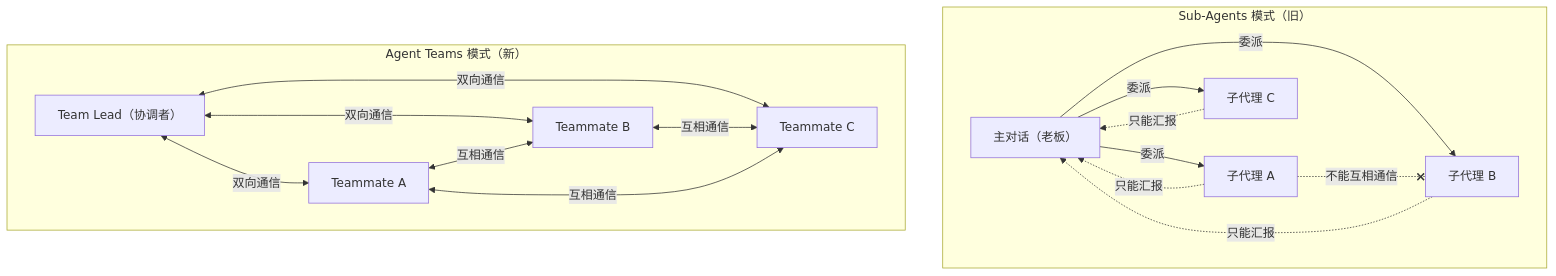
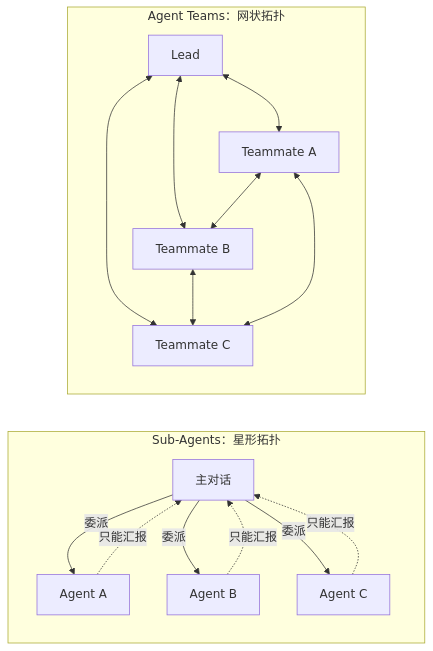
Before and after one commit to reallyhwc/ans-ai-auto-notes: the first of 6 diagrams in kb/技术/AI/Claude-Code/Agent Teams 多会话协作架构.md, drawn with Mermaid. The commit also changed other lines of this file and 3 other files, not shown here.

First line of the commit message:
docs(kb): Agent Teams 笔记版权安全重写 + 反向链接

````diff
--- a/kb/技术/AI/Claude-Code/Agent Teams 多会话协作架构.md
+++ b/kb/技术/AI/Claude-Code/Agent Teams 多会话协作架构.md
@@ -23,21 +22,20 @@
 ```mermaid
-graph TB
-    subgraph "Sub-Agents 模式（旧）"
-        M1["主对话（老板）"] -->|委派| S1["子代理 A"]
-        M1 -->|委派| S2["子代理 B"]
-        M1 -->|委派| S3["子代理 C"]
+graph LR
+    subgraph "Sub-Agents：星形拓扑"
+        M1["主对话"] -->|委派| S1["Agent A"]
+        M1 -->|委派| S2["Agent B"]
+        M1 -->|委派| S3["Agent C"]
         S1 -.->|只能汇报| M1
         S2 -.->|只能汇报| M1
         S3 -.->|只能汇报| M1
-        S1 -.-x|不能互相通信| S2
     end
 
-    subgraph "Agent Teams 模式（新）"
-        L["Team Lead（协调者）"] <-->|双向通信| T1["Teammate A"]
-        L <-->|双向通信| T2["Teammate B"]
-        L <-->|双向通信| T3["Teammate C"]
-        T1 <-->|互相通信| T2
-        T2 <-->|互相通信| T3
-        T1 <-->|互相通信| T3
+    subgraph "Agent Teams：网状拓扑"
+        L["Lead"] <--> T1["Teammate A"]
+        L <--> T2["Teammate B"]
+        L <--> T3["Teammate C"]
+        T1 <--> T2
+        T2 <--> T3
+        T1 <--> T3
     end
 ```
````
